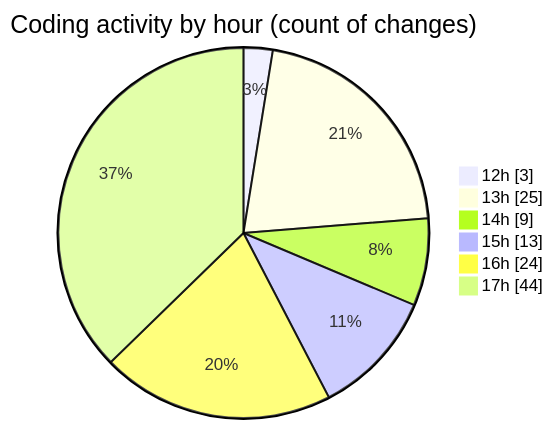
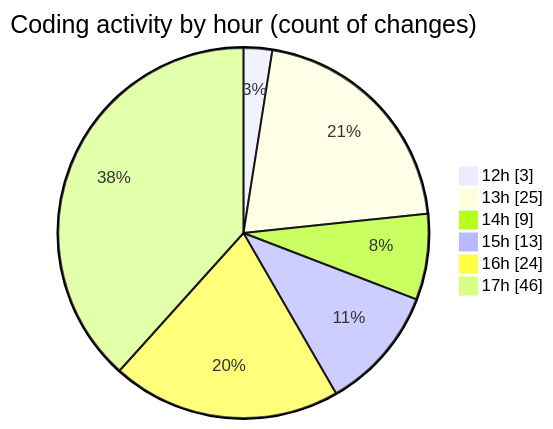
Before and after one commit to nxtqubesakshisongat/code-tracking: the second of 2 diagrams in 2025-09-26/nxtqube_webapp/README.md, drawn with Mermaid. The commit also changed other lines of this file and 1 other file, not shown here.

````diff
--- a/2025-09-26/nxtqube_webapp/README.md
+++ b/2025-09-26/nxtqube_webapp/README.md
@@ -36,10 +36,10 @@
 ```mermaid
 pie showData
 title Coding activity by hour (count of changes)
 "12h" : 3
 "13h" : 25
 "14h" : 9
 "15h" : 13
 "16h" : 24
-"17h" : 44
+"17h" : 46
 ```
````
